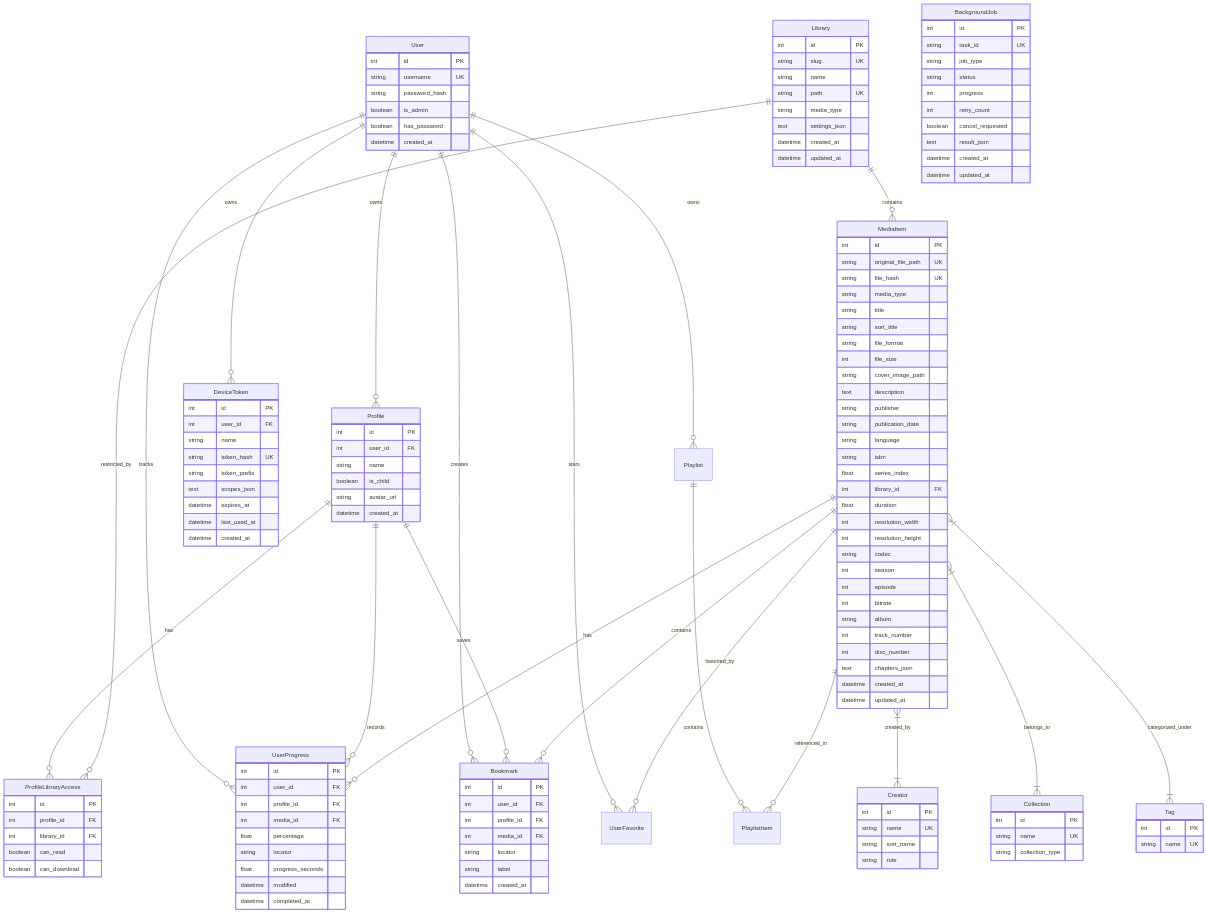
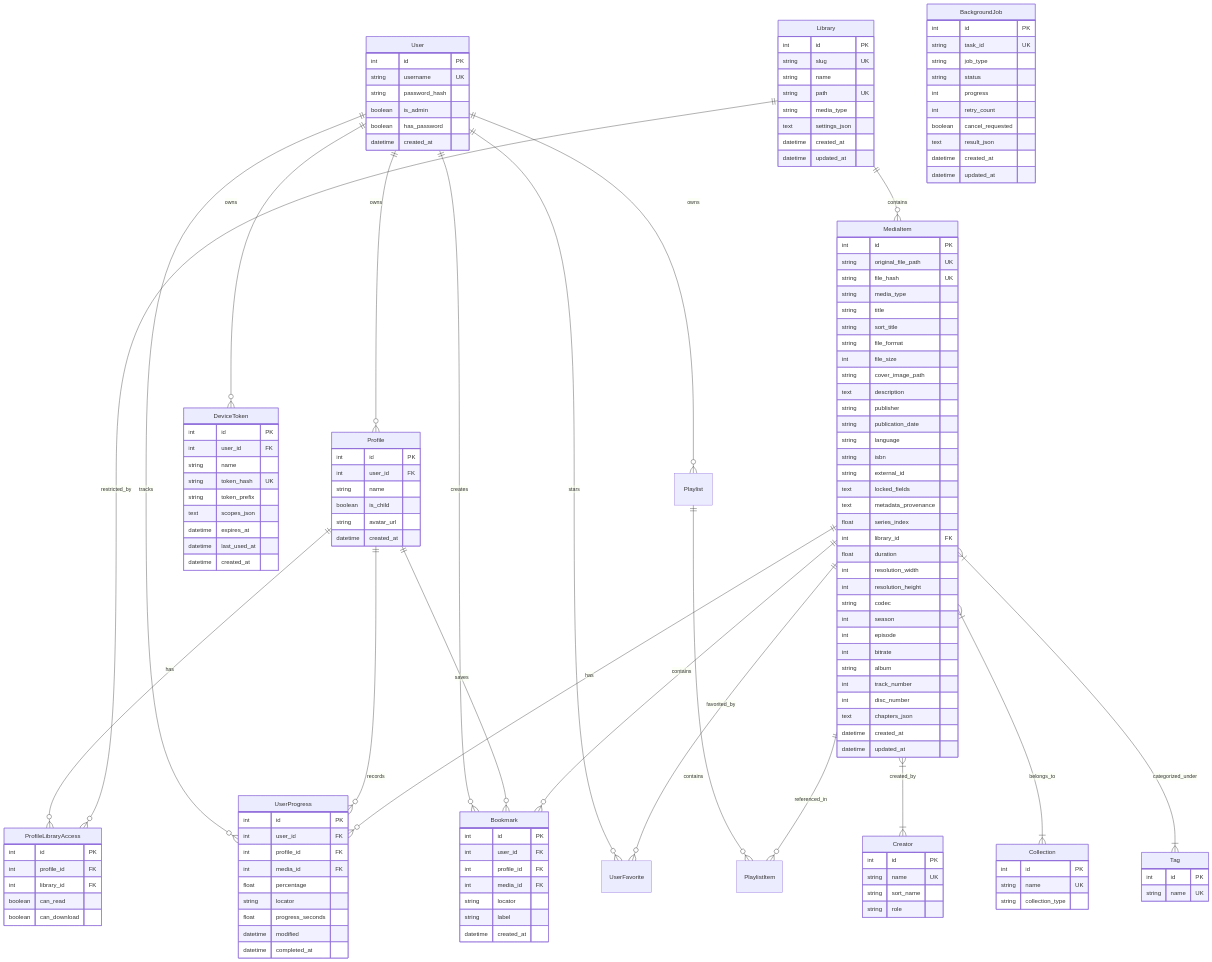
The fourth of 4 diagrams in ARCHITECTURE.md (syfq91/aarkib), drawn with Mermaid before and after one commit. The commit also changed other lines of this file and 6 other files, not shown here.

First line of the commit message:
docs: synchronize documentation for REST API v1, UI diagnostics, and metadata provenance

```diff
--- a/ARCHITECTURE.md
+++ b/ARCHITECTURE.md
@@ -634,6 +722,9 @@
         string publication_date
         string language
         string isbn
+        string external_id
+        text locked_fields
+        text metadata_provenance
         float series_index
         int library_id FK
         float duration
```
